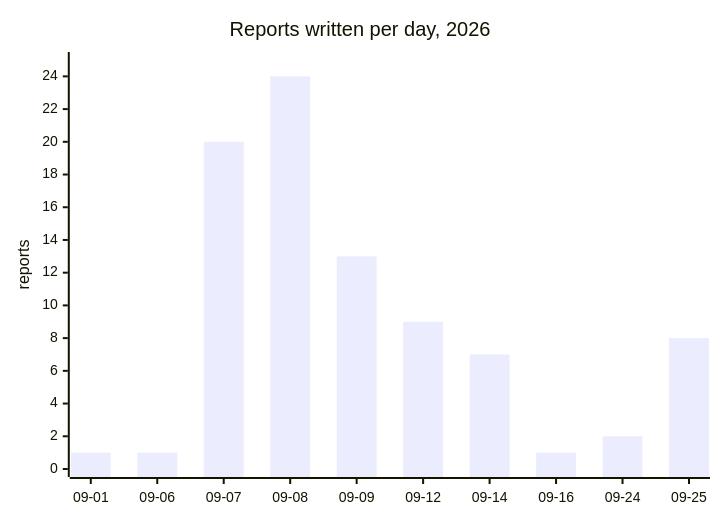
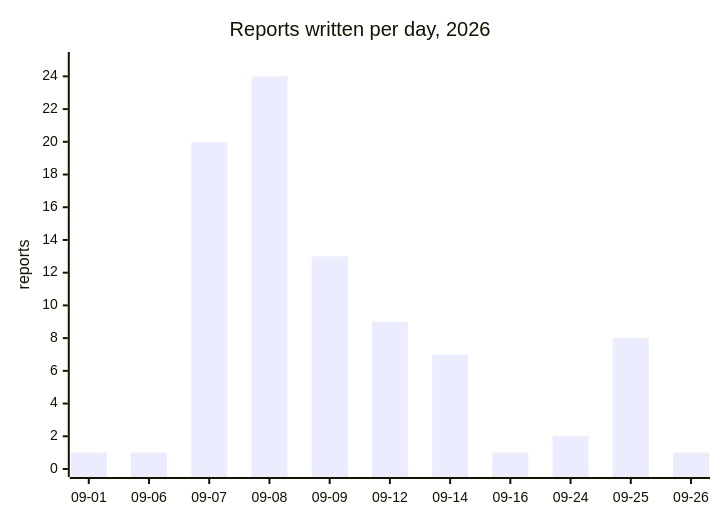
The diagram in docs/reports/README.md (cluster2600/porscheparts), drawn with Mermaid before and after one commit. The commit also changed other lines of this file and 6 other files, not shown here.

````diff
--- a/docs/reports/README.md
+++ b/docs/reports/README.md
@@ -7,7 +7,7 @@
 ```mermaid
 xychart-beta
     title "Reports written per day, 2026"
-    x-axis ["09-01", "09-06", "09-07", "09-08", "09-09", "09-12", "09-14", "09-16", "09-24", "09-25"]
+    x-axis ["09-01", "09-06", "09-07", "09-08", "09-09", "09-12", "09-14", "09-16", "09-24", "09-25", "09-26"]
     y-axis "reports" 0 --> 25
-    bar [1, 1, 20, 24, 13, 9, 7, 1, 2, 8]
+    bar [1, 1, 20, 24, 13, 9, 7, 1, 2, 8, 1]
 ```
````
